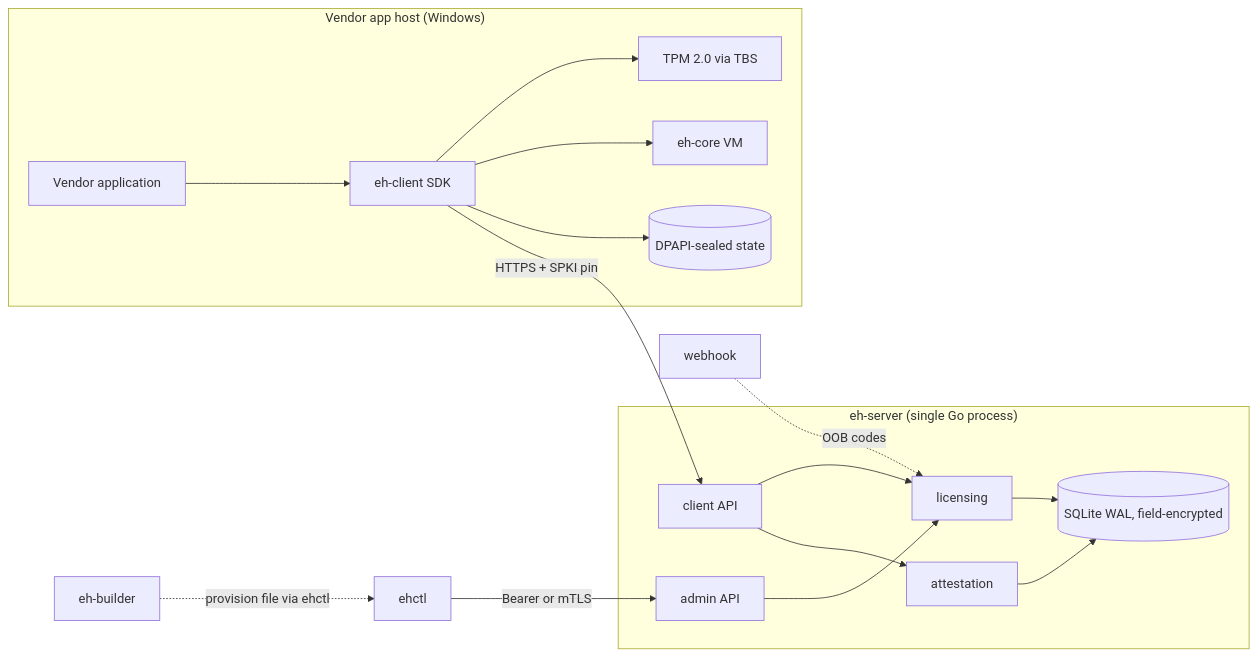
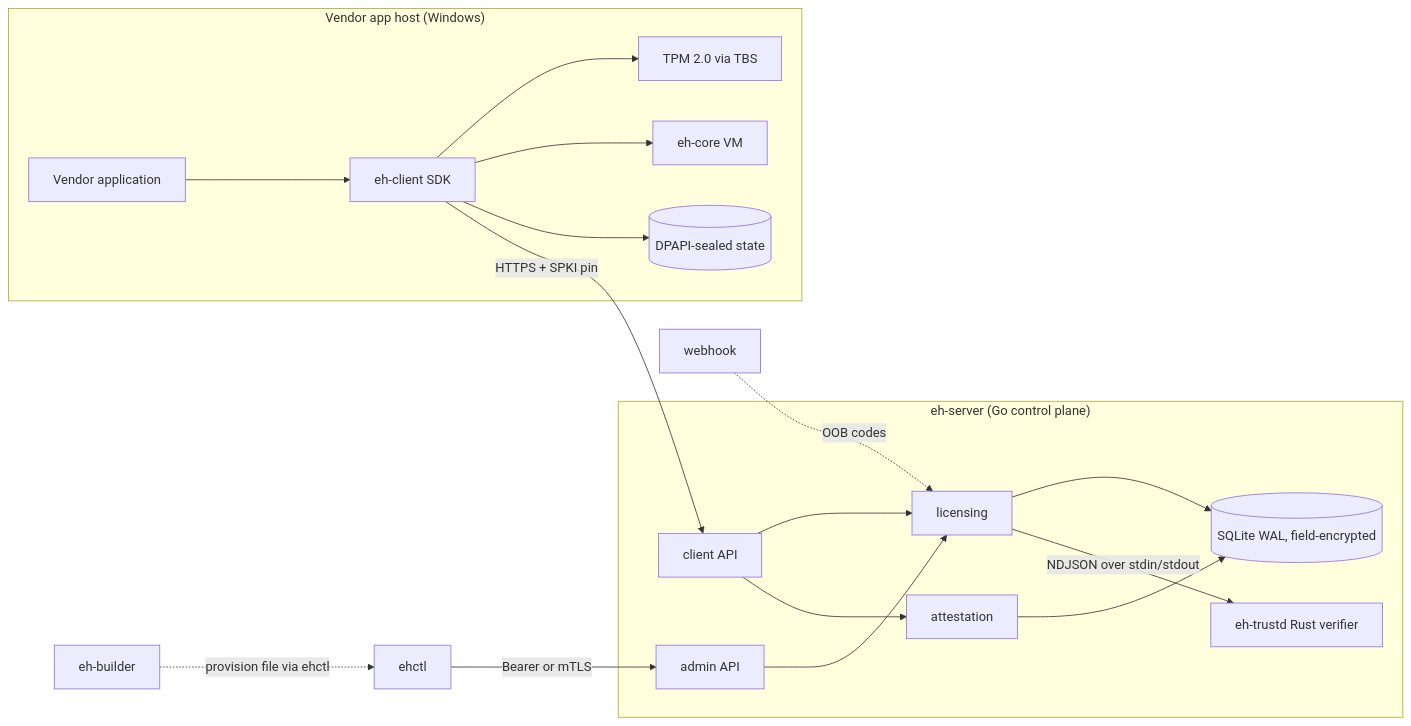
One commit to Arean-Max/Matrix changed the diagram in docs/ARCHITECTURE.md. Above: the diagram before and after it, drawn with Mermaid. The commit also changed other lines of this file and 27 other files, not shown here.

````diff
--- a/docs/ARCHITECTURE.md
+++ b/docs/ARCHITECTURE.md
@@ -35,20 +36,21 @@
 ```mermaid
 flowchart LR
     subgraph Windows["Vendor app host (Windows)"]
         APP[Vendor application] --> SDK[eh-client SDK]
         SDK --> TPM[TPM 2.0 via TBS]
         SDK --> CORE[eh-core VM]
         SDK --> STATE[(DPAPI-sealed state)]
     end
     SDK -->|"HTTPS + SPKI pin"| API
-    subgraph Server["eh-server (single Go process)"]
+    subgraph Server["eh-server (Go control plane)"]
         API[client API] --> LIC[licensing]
         API --> ATST[attestation]
         ADM[admin API] --> LIC
         LIC --> STORE[(SQLite WAL, field-encrypted)]
         ATST --> STORE
+        LIC -->|"NDJSON over stdin/stdout"| TRUSTD[eh-trustd Rust verifier]
     end
     CTL[ehctl] -->|"Bearer or mTLS"| ADM
     BLD[eh-builder] -.->|"provision file via ehctl"| CTL
     WH[webhook] -.->|"OOB codes"| LIC
 ```
````
